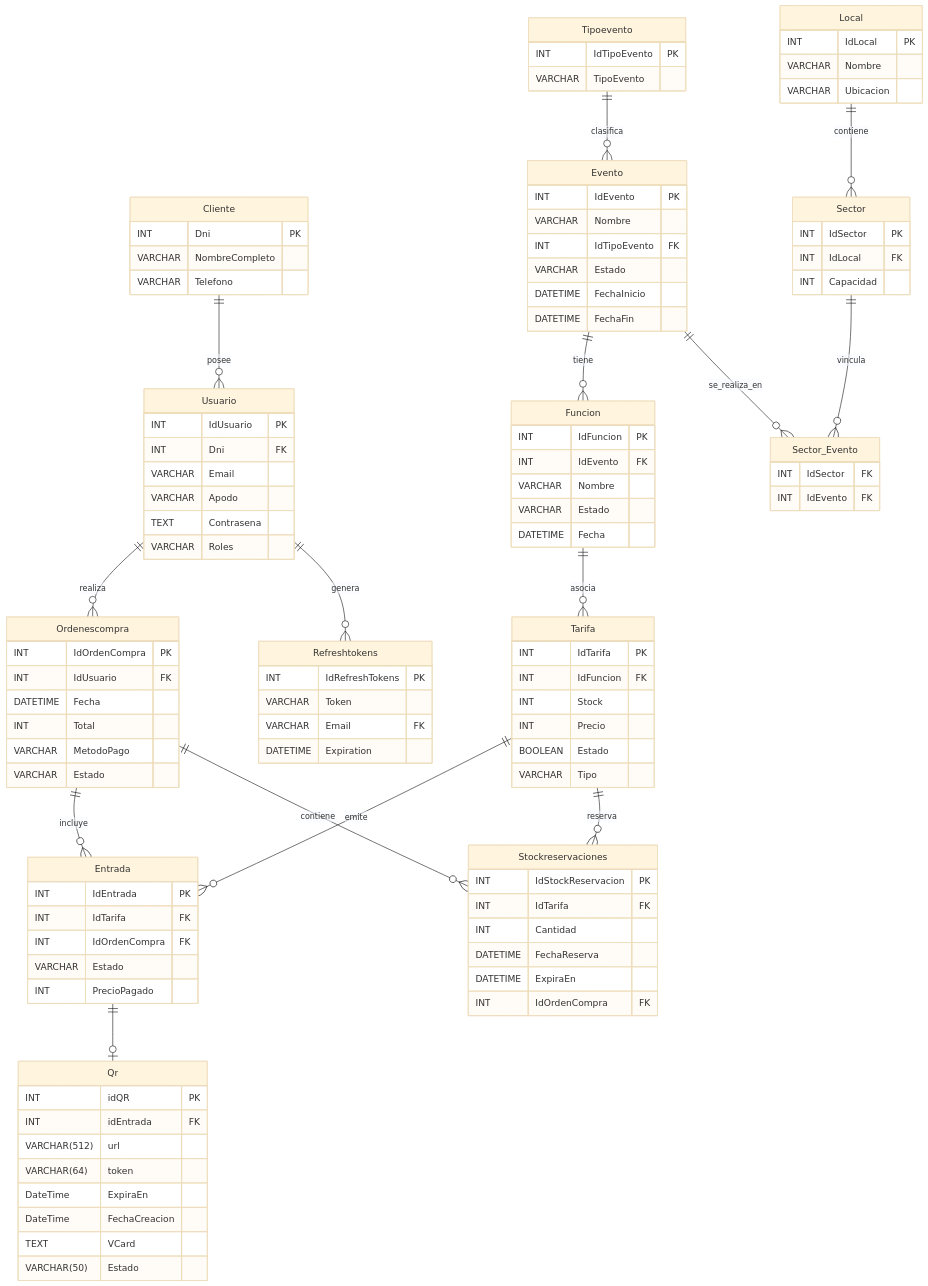
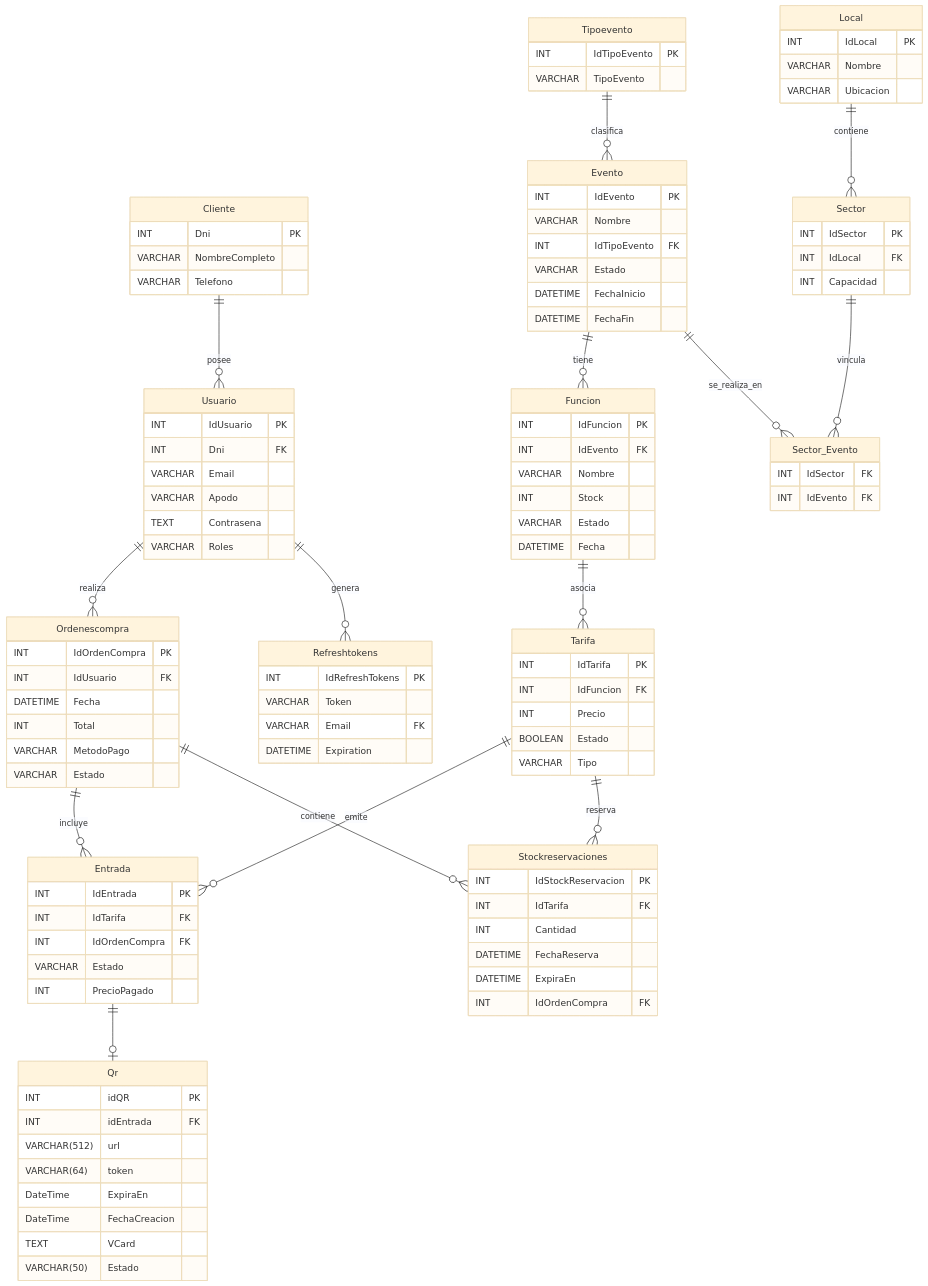
The first of 2 diagrams in Proyecto/Back-End/doc/MarkDown.md (Darkops56/PlanEstudioOctubre), drawn with Mermaid (base theme) before and after one commit. The commit also changed other lines of this file, not shown here.

Commit message:
Add Stock field to Funcion and remove from Tarifa

```diff
--- a/Proyecto/Back-End/doc/MarkDown.md
+++ b/Proyecto/Back-End/doc/MarkDown.md
@@ -34,6 +34,7 @@
         INT IdFuncion PK
         INT IdEvento FK
         VARCHAR Nombre
+        INT Stock
         VARCHAR Estado
         DATETIME Fecha
     }
@@ -58,7 +59,6 @@
     Tarifa {
         INT IdTarifa PK
         INT IdFuncion FK
-        INT Stock
         INT Precio
         BOOLEAN Estado
         VARCHAR Tipo
```
